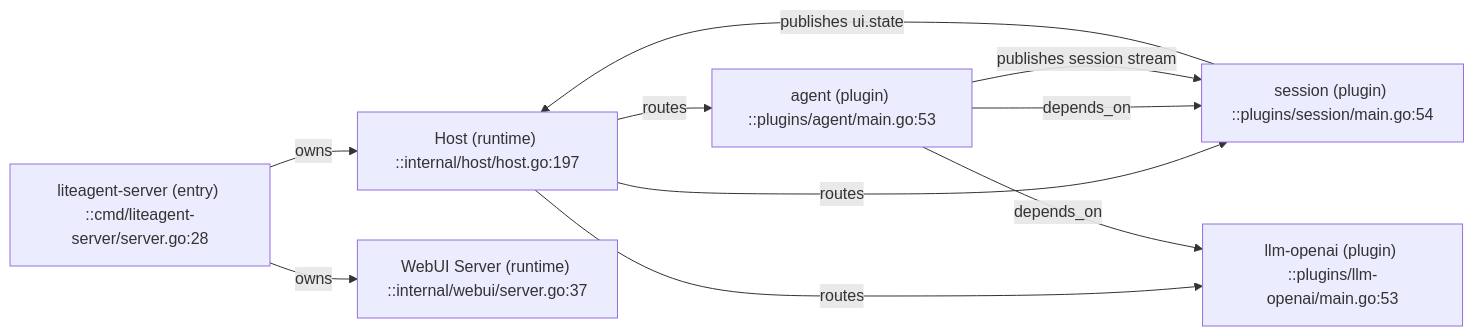
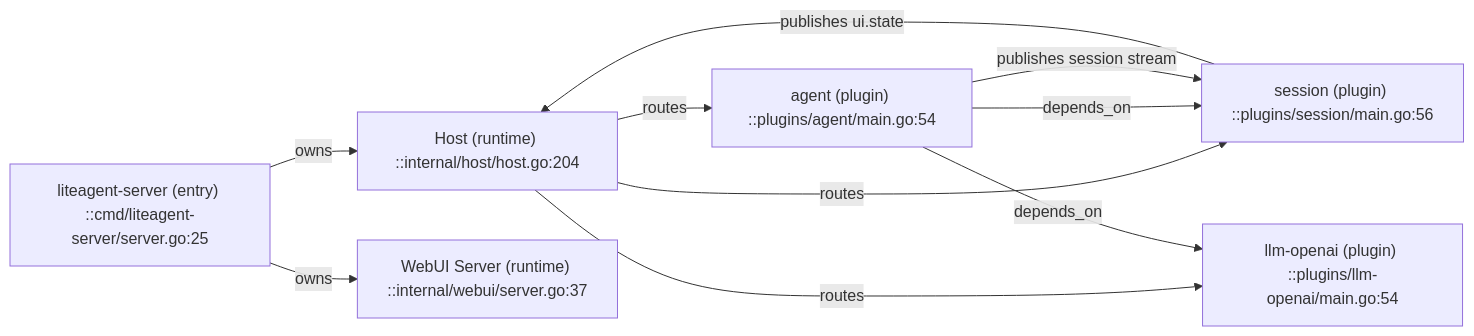
One commit to Alphazer01214/my-go-lite-agent changed the first of 5 diagrams in docs/project-map/DEPENDENCY.md. Above: the diagram before and after it, drawn with Mermaid. The commit also changed other lines of this file and 76 other files, not shown here.

````diff
--- a/docs/project-map/DEPENDENCY.md
+++ b/docs/project-map/DEPENDENCY.md
@@ -7,12 +7,12 @@
 ```mermaid
 flowchart LR
-  Server["liteagent-server (entry) ::cmd/liteagent-server/server.go:28"] -->|owns| Host["Host (runtime) ::internal/host/host.go:197"]
+  Server["liteagent-server (entry) ::cmd/liteagent-server/server.go:25"] -->|owns| Host["Host (runtime) ::internal/host/host.go:204"]
   Server -->|owns| WebUI["WebUI Server (runtime) ::internal/webui/server.go:37"]
-  Host -->|routes| Agent["agent (plugin) ::plugins/agent/main.go:53"]
-  Host -->|routes| Session["session (plugin) ::plugins/session/main.go:54"]
-  Host -->|routes| LLM["llm-openai (plugin) ::plugins/llm-openai/main.go:53"]
+  Host -->|routes| Agent["agent (plugin) ::plugins/agent/main.go:54"]
+  Host -->|routes| Session["session (plugin) ::plugins/session/main.go:56"]
+  Host -->|routes| LLM["llm-openai (plugin) ::plugins/llm-openai/main.go:54"]
   Agent -->|depends_on| Session
   Agent -->|depends_on| LLM
   Session -->|publishes ui.state| Host
   Agent -->|publishes session stream| Session
 ```
````
